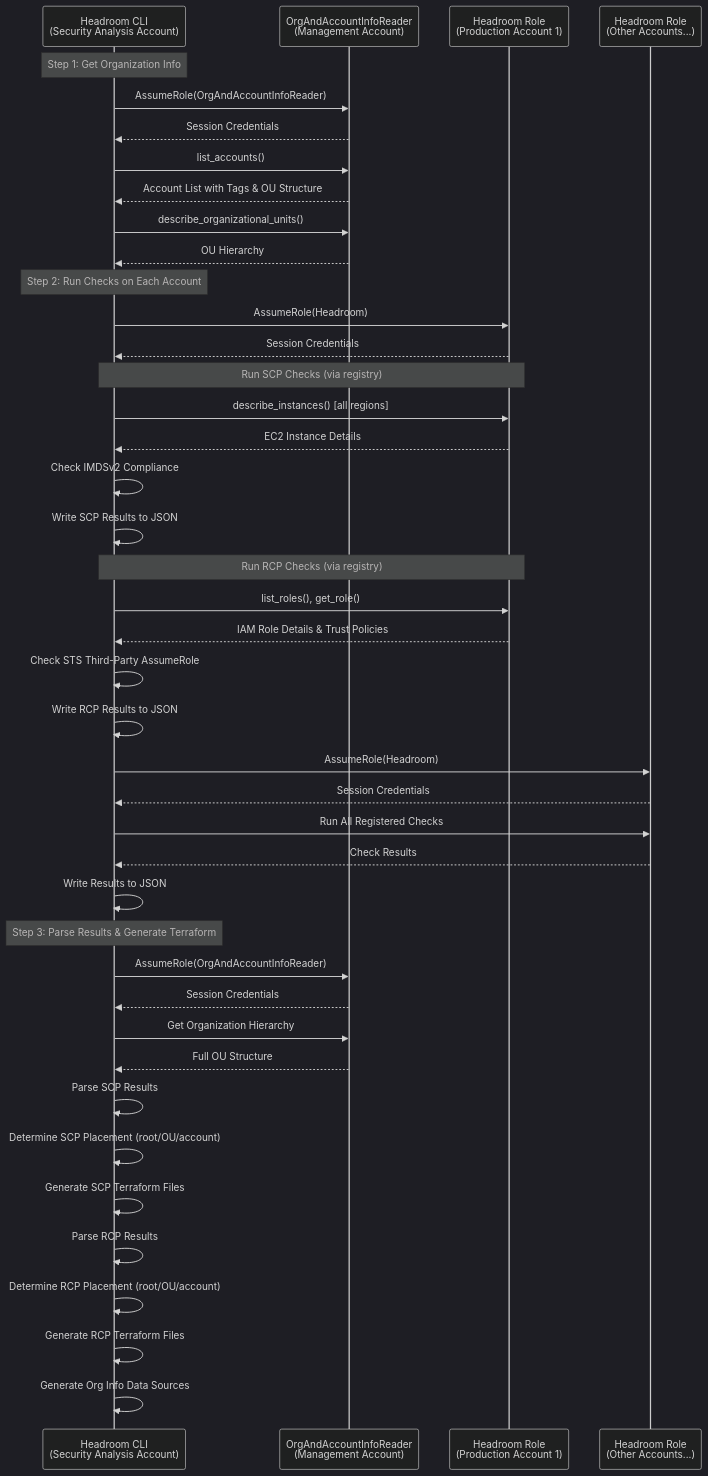
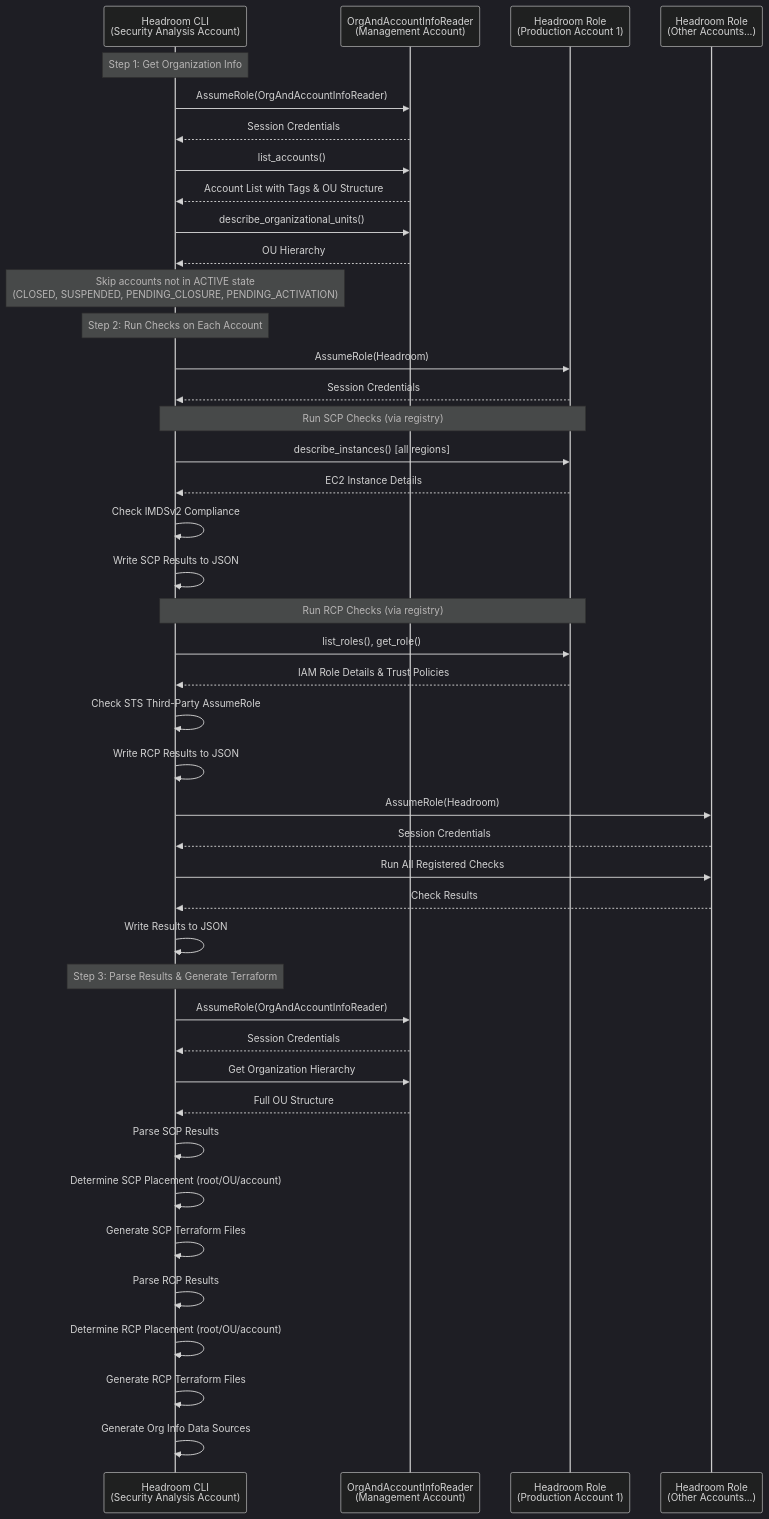
One commit to discocrayon/Headroom changed the diagram in documentation/mermaid_diagrams/execution_flow.md. Above: the diagram before and after it, drawn with Mermaid (dark theme). The commit also changed 7 other files, not shown here.

First line of the commit message:
Skip accounts that are not in the ACTIVE lifecycle state

````diff
--- a/documentation/mermaid_diagrams/execution_flow.md
+++ b/documentation/mermaid_diagrams/execution_flow.md
@@ -5,53 +5,54 @@
 ```mermaid
 sequenceDiagram
     participant Tool as Headroom CLI<br/>(Security Analysis Account)
     participant Mgmt as OrgAndAccountInfoReader<br/>(Management Account)
     participant Prod1 as Headroom Role<br/>(Production Account 1)
     participant ProdN as Headroom Role<br/>(Other Accounts...)
 
     Note over Tool: Step 1: Get Organization Info
     Tool->>Mgmt: AssumeRole(OrgAndAccountInfoReader)
     Mgmt-->>Tool: Session Credentials
     Tool->>Mgmt: list_accounts()
     Mgmt-->>Tool: Account List with Tags & OU Structure
     Tool->>Mgmt: describe_organizational_units()
     Mgmt-->>Tool: OU Hierarchy
+    Note over Tool: Skip accounts not in ACTIVE state<br/>(CLOSED, SUSPENDED, PENDING_CLOSURE, PENDING_ACTIVATION)
 
     Note over Tool: Step 2: Run Checks on Each Account
     Tool->>Prod1: AssumeRole(Headroom)
     Prod1-->>Tool: Session Credentials
 
     Note over Tool,Prod1: Run SCP Checks (via registry)
     Tool->>Prod1: describe_instances() [all regions]
     Prod1-->>Tool: EC2 Instance Details
     Tool->>Tool: Check IMDSv2 Compliance
     Tool->>Tool: Write SCP Results to JSON
 
     Note over Tool,Prod1: Run RCP Checks (via registry)
     Tool->>Prod1: list_roles(), get_role()
     Prod1-->>Tool: IAM Role Details & Trust Policies
     Tool->>Tool: Check STS Third-Party AssumeRole
     Tool->>Tool: Write RCP Results to JSON
 
     Tool->>ProdN: AssumeRole(Headroom)
     ProdN-->>Tool: Session Credentials
     Tool->>ProdN: Run All Registered Checks
     ProdN-->>Tool: Check Results
     Tool->>Tool: Write Results to JSON
 
     Note over Tool: Step 3: Parse Results & Generate Terraform
     Tool->>Mgmt: AssumeRole(OrgAndAccountInfoReader)
     Mgmt-->>Tool: Session Credentials
     Tool->>Mgmt: Get Organization Hierarchy
     Mgmt-->>Tool: Full OU Structure
 
     Tool->>Tool: Parse SCP Results
     Tool->>Tool: Determine SCP Placement (root/OU/account)
     Tool->>Tool: Generate SCP Terraform Files
 
     Tool->>Tool: Parse RCP Results
     Tool->>Tool: Determine RCP Placement (root/OU/account)
     Tool->>Tool: Generate RCP Terraform Files
 
     Tool->>Tool: Generate Org Info Data Sources
 ```
````
